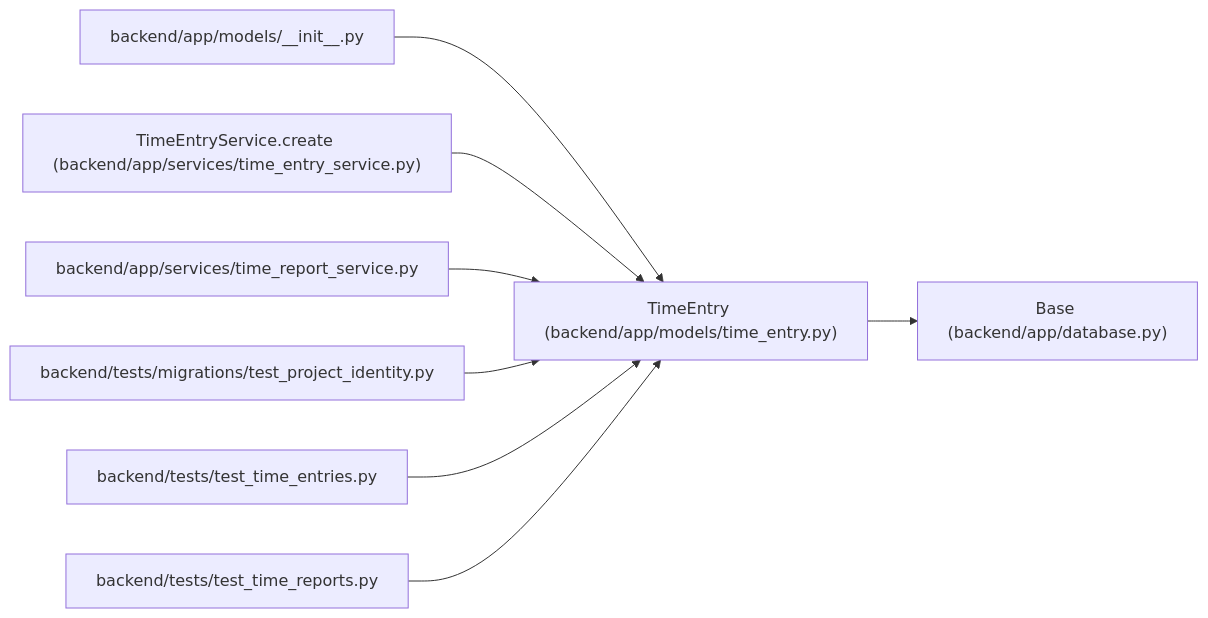
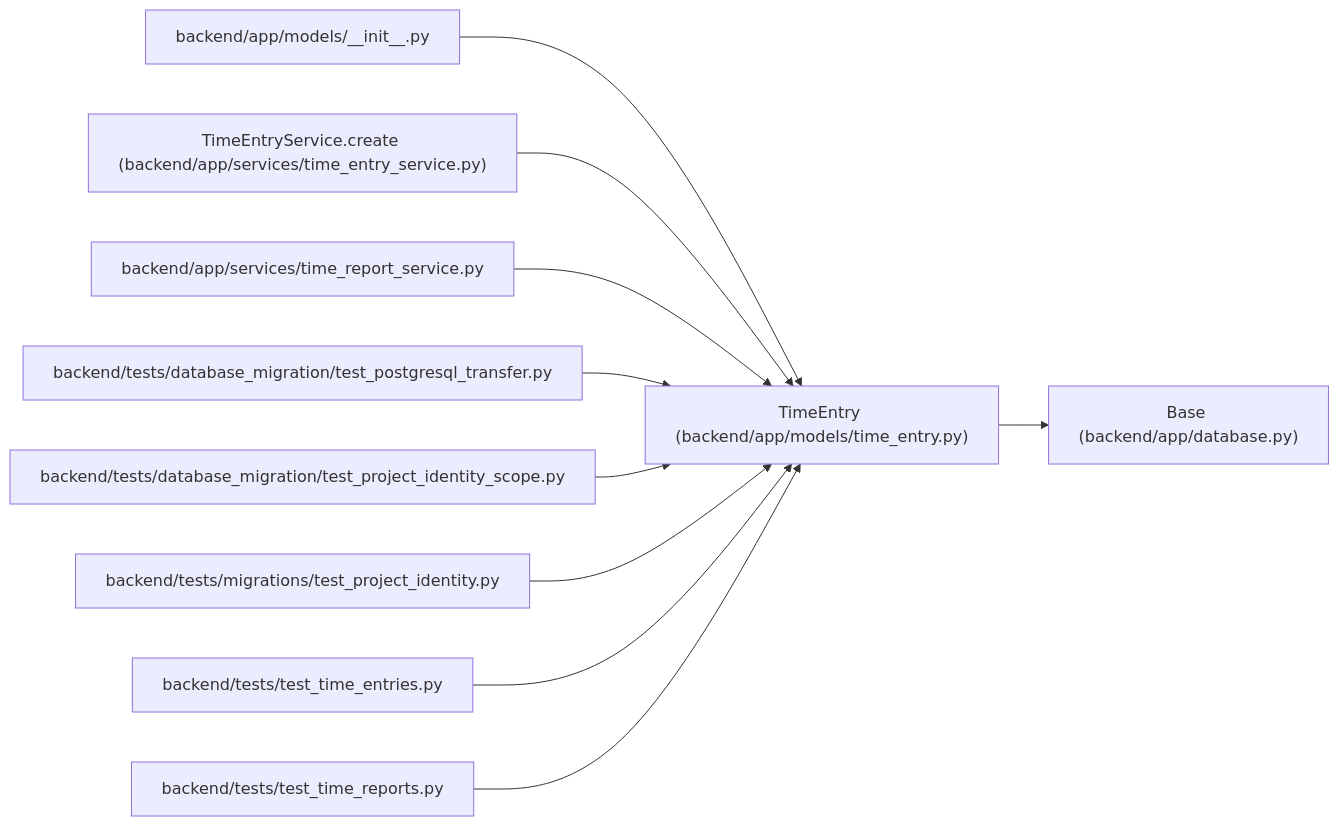
One commit to Denissvgn/WorkChord changed the diagram in docs/llm_wiki/entities/models_time_entry_TimeEntry.md. Above: the diagram before and after it, drawn with Mermaid. The commit also changed other lines of this file and 305 other files, not shown here.

Commit message:
docs(wiki): document retained scope and verified transfer floors

````diff
--- a/docs/llm_wiki/entities/models_time_entry_TimeEntry.md
+++ b/docs/llm_wiki/entities/models_time_entry_TimeEntry.md
@@ -39,26 +39,32 @@
 ```mermaid
 flowchart LR
     n0["TimeEntry (backend/app/models/time_entry.py)"]
     n1["Base (backend/app/database.py)"]
     n2["backend/app/models/__init__.py"]
     n3["TimeEntryService.create (backend/app/services/time_entry_service.py)"]
     n4["backend/app/services/time_report_service.py"]
-    n5["backend/tests/migrations/test_project_identity.py"]
-    n6["backend/tests/test_time_entries.py"]
-    n7["backend/tests/test_time_reports.py"]
+    n5["backend/tests/database_migration/test_postgresql_transfer.py"]
+    n6["backend/tests/database_migration/test_project_identity_scope.py"]
+    n7["backend/tests/migrations/test_project_identity.py"]
+    n8["backend/tests/test_time_entries.py"]
+    n9["backend/tests/test_time_reports.py"]
     n0 --> n1
     n2 --> n0
     n3 --> n0
     n4 --> n0
     n5 --> n0
     n6 --> n0
     n7 --> n0
+    n8 --> n0
+    n9 --> n0
     click n0 "../modules/models_time_entry.md"
     click n1 "../modules/app_database.md"
     click n2 "../modules/models___init__.md"
     click n3 "../modules/time_entry_service.md"
     click n4 "../modules/time_report_service.md"
-    click n5 "../modules/test_project_identity.md"
-    click n6 "../modules/test_time_entries.md"
-    click n7 "../modules/test_time_reports.md"
+    click n5 "../modules/test_postgresql_transfer.md"
+    click n6 "../modules/test_project_identity_scope.md"
+    click n7 "../modules/test_project_identity.md"
+    click n8 "../modules/test_time_entries.md"
+    click n9 "../modules/test_time_reports.md"
 ```
````
